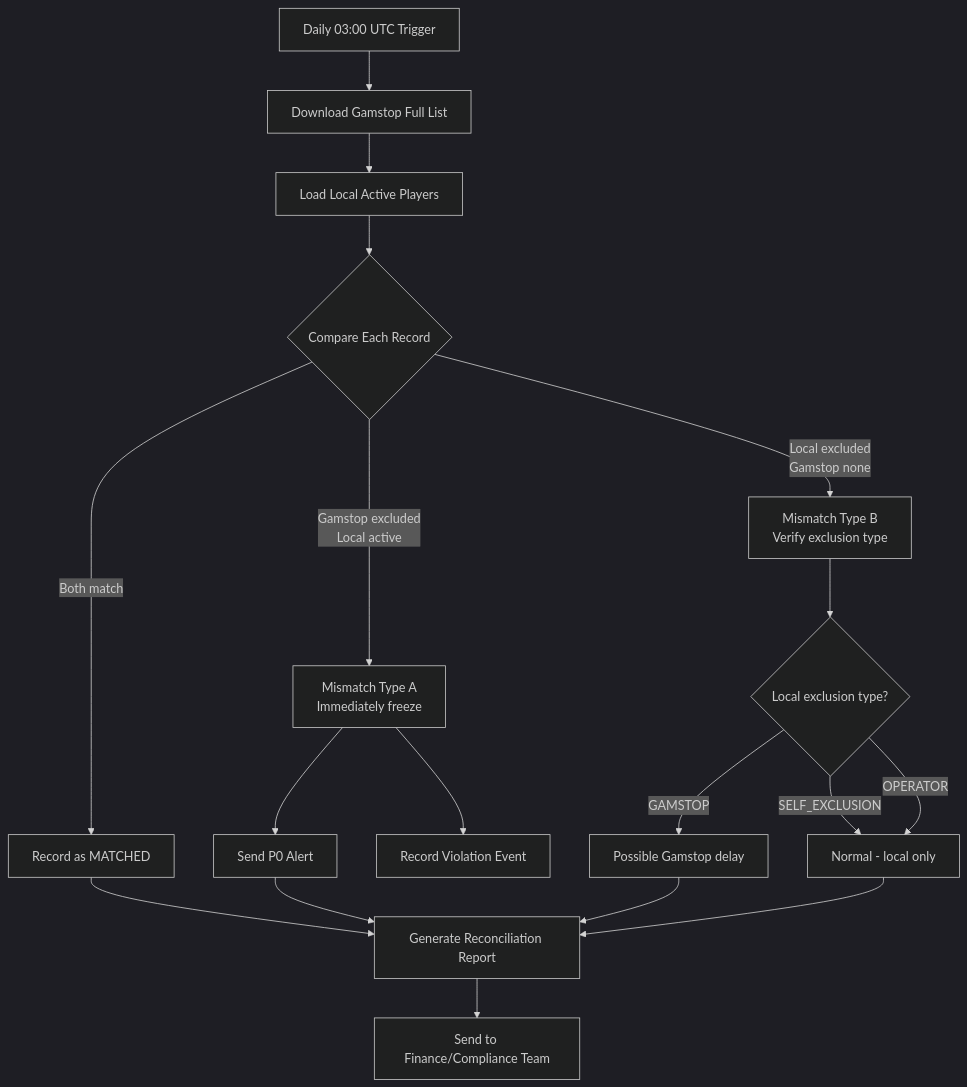
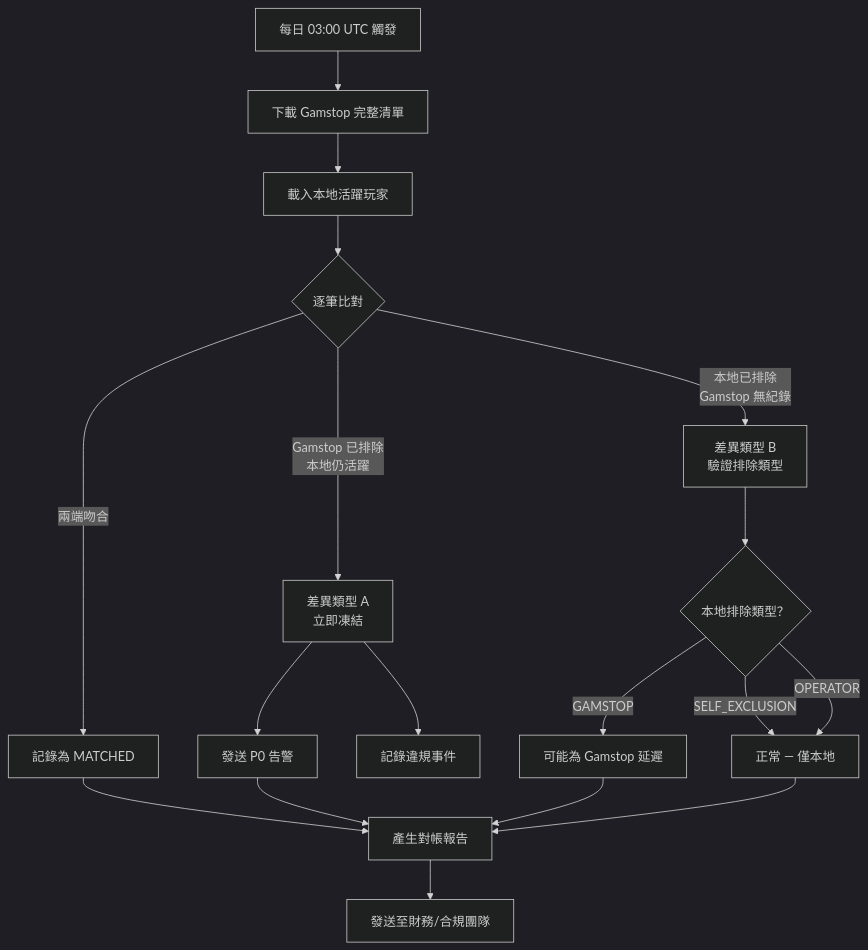
One commit to ron03wlb/smart-admin changed the second of 3 diagrams in docs/iGaming/architecture/15_Responsible_Gambling/Self_Exclusion_Architecture.md. Above: the diagram before and after it, drawn with Mermaid (dark theme). The commit also changed other lines of this file and 1 other file, not shown here.

````diff
--- a/docs/iGaming/architecture/15_Responsible_Gambling/Self_Exclusion_Architecture.md
+++ b/docs/iGaming/architecture/15_Responsible_Gambling/Self_Exclusion_Architecture.md
@@ -547,25 +547,25 @@
 ```mermaid
 flowchart TD
-    A[Daily 03:00 UTC Trigger] --> B[Download Gamstop Full List]
-    B --> C[Load Local Active Players]
-    C --> D{Compare Each Record}
+    A[每日 03:00 UTC 觸發] --> B[下載 Gamstop 完整清單]
+    B --> C[載入本地活躍玩家]
+    C --> D{逐筆比對}
 
-    D -->|Gamstop excluded<br/>Local active| E[Mismatch Type A<br/>Immediately freeze]
-    D -->|Local excluded<br/>Gamstop none| F[Mismatch Type B<br/>Verify exclusion type]
-    D -->|Both match| G[Record as MATCHED]
+    D -->|Gamstop 已排除<br/>本地仍活躍| E[差異類型 A<br/>立即凍結]
+    D -->|本地已排除<br/>Gamstop 無紀錄| F[差異類型 B<br/>驗證排除類型]
+    D -->|兩端吻合| G[記錄為 MATCHED]
 
-    E --> H[Send P0 Alert]
-    E --> I[Record Violation Event]
+    E --> H[發送 P0 告警]
+    E --> I[記錄違規事件]
 
-    F --> J{Local exclusion type?}
-    J -->|GAMSTOP| K[Possible Gamstop delay]
-    J -->|SELF_EXCLUSION| L[Normal - local only]
+    F --> J{本地排除類型？}
+    J -->|GAMSTOP| K[可能為 Gamstop 延遲]
+    J -->|SELF_EXCLUSION| L[正常 — 僅本地]
     J -->|OPERATOR| L
 
-    G --> M[Generate Reconciliation Report]
+    G --> M[產生對帳報告]
     H --> M
     K --> M
     L --> M
 
-    M --> N[Send to Finance/Compliance Team]
+    M --> N[發送至財務/合規團隊]
 ```
````
